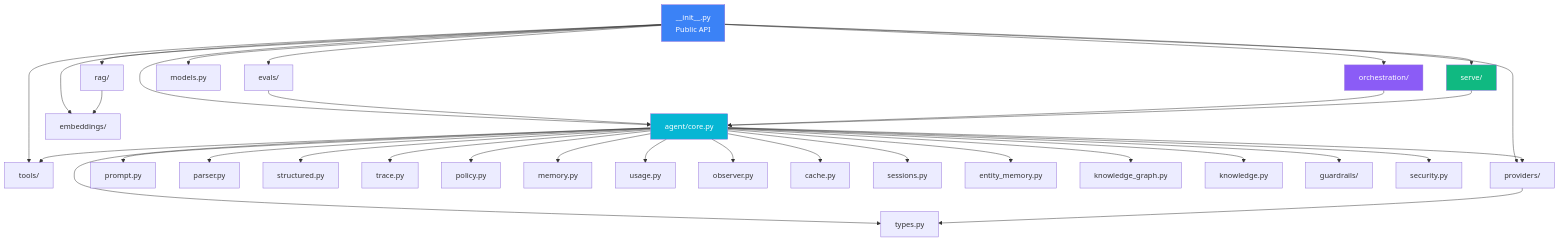
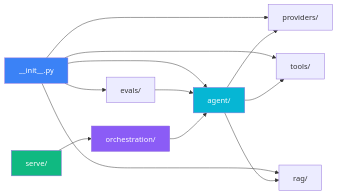
The fifth of 9 diagrams in docs/ARCHITECTURE.md (johnnichev/selectools), drawn with Mermaid before and after one commit. The commit also changed other lines of this file, not shown here.

Commit message:
fix(docs): simplify all Mermaid diagrams to max 9 nodes each

````diff
--- a/docs/ARCHITECTURE.md
+++ b/docs/ARCHITECTURE.md
@@ -463,42 +360,20 @@
 ```mermaid
-graph TD
-    Init["__init__.py<br/>Public API"] --> AgentCore["agent/core.py"]
-    Init --> ToolsMod["tools/"]
-    Init --> ProvMod["providers/"]
-    Init --> RagMod["rag/"]
-    Init --> EmbMod["embeddings/"]
-    Init --> EvalsMod["evals/"]
-    Init --> OrchMod["orchestration/"]
-    Init --> ServeMod["serve/"]
-    Init --> ModelsMod["models.py"]
+graph LR
+    API["__init__.py"] --> Agent["agent/"]
+    API --> Tools["tools/"]
+    API --> Providers["providers/"]
+    API --> RAG["rag/"]
+    API --> Evals["evals/"]
 
-    AgentCore --> Types["types.py"]
-    AgentCore --> ToolsMod
-    AgentCore --> Prompt["prompt.py"]
-    AgentCore --> Parser["parser.py"]
-    AgentCore --> Structured["structured.py"]
-    AgentCore --> TraceMod["trace.py"]
-    AgentCore --> Policy["policy.py"]
-    AgentCore --> ProvMod
-    AgentCore --> Memory["memory.py"]
-    AgentCore --> Usage["usage.py"]
-    AgentCore --> Observer["observer.py"]
-    AgentCore --> Cache["cache.py"]
-    AgentCore --> Sessions["sessions.py"]
-    AgentCore --> EntityMem["entity_memory.py"]
-    AgentCore --> KGMem["knowledge_graph.py"]
-    AgentCore --> Knowledge["knowledge.py"]
-    AgentCore --> Guard["guardrails/"]
-    AgentCore --> Security["security.py"]
+    Agent --> Providers
+    Agent --> Tools
+    Agent --> RAG
+    Evals --> Agent
+    Orchestration["orchestration/"] --> Agent
+    Serve["serve/"] --> Orchestration
 
-    ProvMod --> Types
-    RagMod --> EmbMod
-    EvalsMod --> AgentCore
-    OrchMod --> AgentCore
-    ServeMod --> AgentCore
-
-    style Init fill:#3b82f6,color:#fff
-    style AgentCore fill:#06b6d4,color:#fff
-    style OrchMod fill:#8b5cf6,color:#fff
-    style ServeMod fill:#10b981,color:#fff
+    style API fill:#3b82f6,color:#fff
+    style Agent fill:#06b6d4,color:#fff
+    style Orchestration fill:#8b5cf6,color:#fff
+    style Serve fill:#10b981,color:#fff
 ```
````
